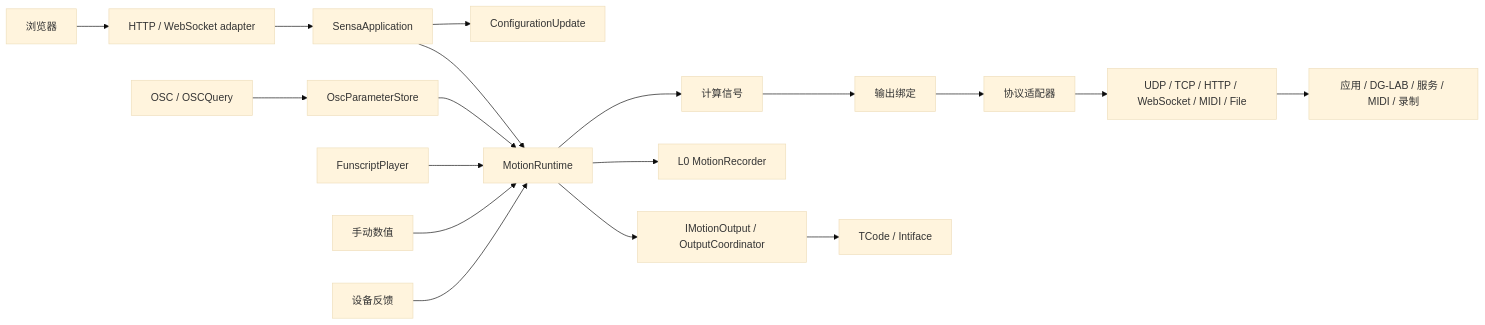
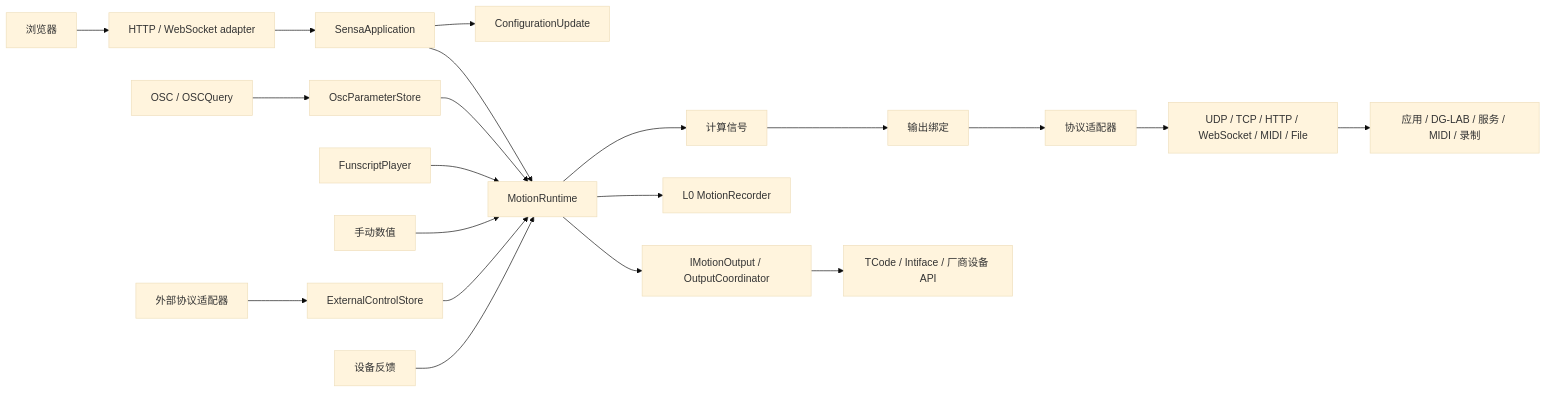
One commit to SeaLoong/Sensa changed the diagram in docs/architecture.md. Above: the diagram before and after it, drawn with Mermaid (base theme). The commit also changed other lines of this file and 99 other files, not shown here.

````diff
--- a/docs/architecture.md
+++ b/docs/architecture.md
@@ -9,20 +9,22 @@
 ```mermaid
 flowchart LR
   Browser[浏览器] --> HTTP[HTTP / WebSocket adapter]
   HTTP --> App[SensaApplication]
   App --> Config[ConfigurationUpdate]
   App --> Runtime[MotionRuntime]
   OSC[OSC / OSCQuery] --> Store[OscParameterStore]
   Store --> Runtime
   Script[FunscriptPlayer] --> Runtime
   Manual[手动数值] --> Runtime
+  External[外部协议适配器] --> Commands[ExternalControlStore]
+  Commands --> Runtime
   Feedback[设备反馈] --> Runtime
   Runtime --> Compute[计算信号]
   Compute --> Bindings[输出绑定]
   Bindings --> Protocol[协议适配器]
   Protocol --> Transport[UDP / TCP / HTTP / WebSocket / MIDI / File]
   Transport --> Destinations[应用 / DG-LAB / 服务 / MIDI / 录制]
   Runtime --> Record[L0 MotionRecorder]
   Runtime --> Output[IMotionOutput / OutputCoordinator]
-  Output --> Devices[TCode / Intiface]
+  Output --> Devices[TCode / Intiface / 厂商设备 API]
 ```
````
